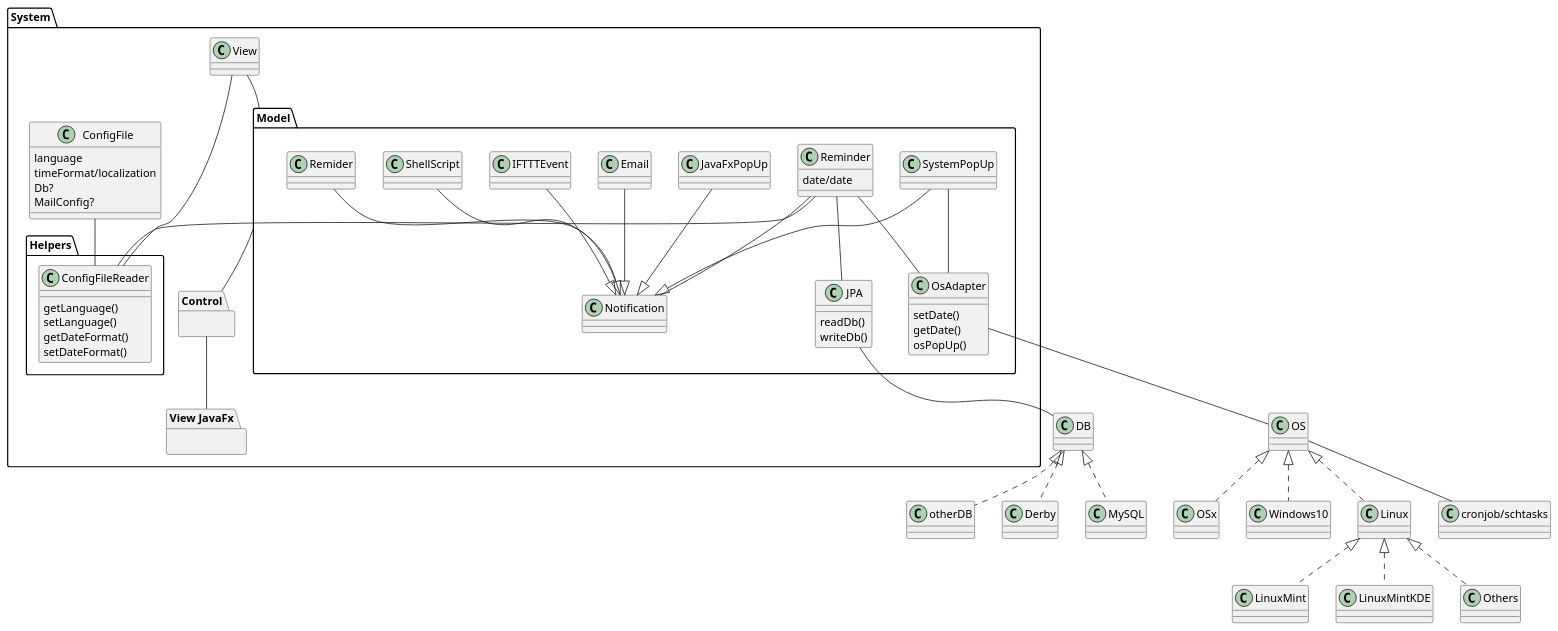
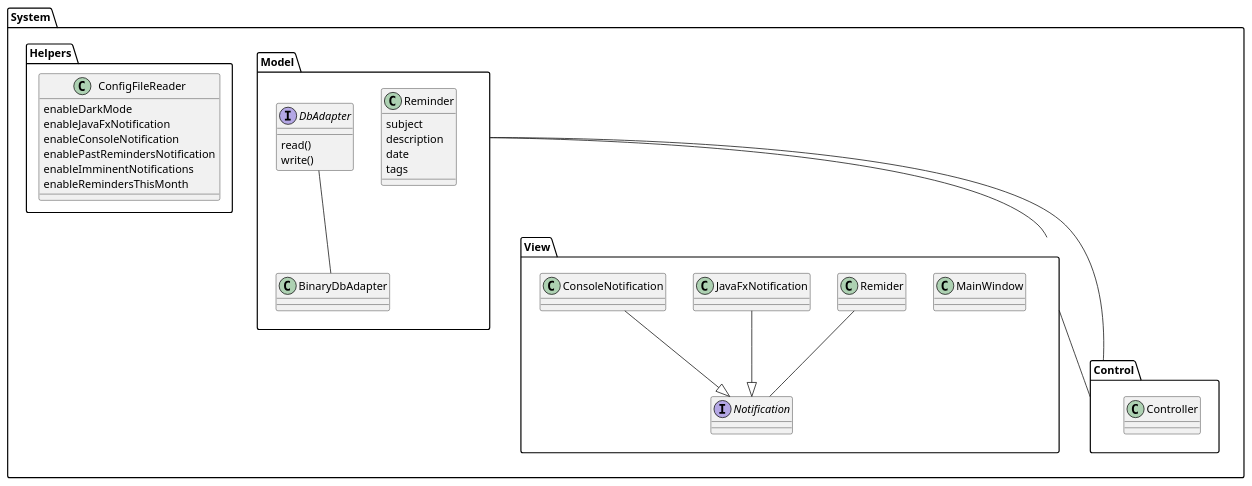
Before and after one commit to hyamsj/AlarmClock: the diagram in doc/uml/uebersicht.plantuml, drawn with PlantUML. The commit also changed 5 other files, not shown here.

```diff
--- a/doc/uml/uebersicht.plantuml
+++ b/doc/uml/uebersicht.plantuml
@@ -1,75 +1,54 @@
 @startuml
-class OS
+
 package "System" {
+Model -- View
+View -- Control
+Control --Model
 
-package "View JavaFx" {}
-package "Control" {}
+package "View" {
+class MainWindow
+Interface Notification
+Remider --Notification
+JavaFxNotification--|>Notification
+ConsoleNotification--|>Notification
+}
+
+
+package "Control" {
+Class Controller
+}
 package "Helpers" {
 
 class ConfigFileReader{
-getLanguage()
-setLanguage()
-getDateFormat()
-setDateFormat()
+enableDarkMode
+enableJavaFxNotification
+enableConsoleNotification
+enablePastRemindersNotification
+enableImminentNotifications
+enableRemindersThisMonth
 }
 
 }
 
 package "Model" {
-class OsAdapter{
-setDate()
-getDate()
-osPopUp()
-}
 
-OsAdapter -- OS
 
 
 class Reminder{
-date/date
+subject
+description
+date
+tags
 }
-class JPA{
-readDb()
-writeDb()
+
+Interface DbAdapter{
+read()
+write()
 }
-Reminder --OsAdapter
-Reminder -- JPA
-
-Remider --Notification
-JavaFxPopUp--|>Notification
-SystemPopUp--|>Notification
-Email--|>Notification
-IFTTTEvent--|>Notification
-ShellScript--|>Notification
-
-SystemPopUp -- OsAdapter
-}
-View -- Model
-Model-- Control
-Control -- "View JavaFx"
-
-class ConfigFile{
-language
-timeFormat/localization
-Db?
-MailConfig?
-}
-ConfigFile--ConfigFileReader
-View--ConfigFileReader
-Reminder--ConfigFileReader
-Reminder--Notification
-}
-JPA -- DB
-DB <|.. Derby
-DB <|.. MySQL
-DB <|.. otherDB
+DbAdapter -- BinaryDbAdapter
 
 
-OS--"cronjob/schtasks"
-OS<|.. OSx
-OS<|.. Windows10
-OS<|.. Linux
-Linux<|.. LinuxMint
-Linux<|.. LinuxMintKDE
-Linux<|.. Others
+
+
+
 @enduml
```
